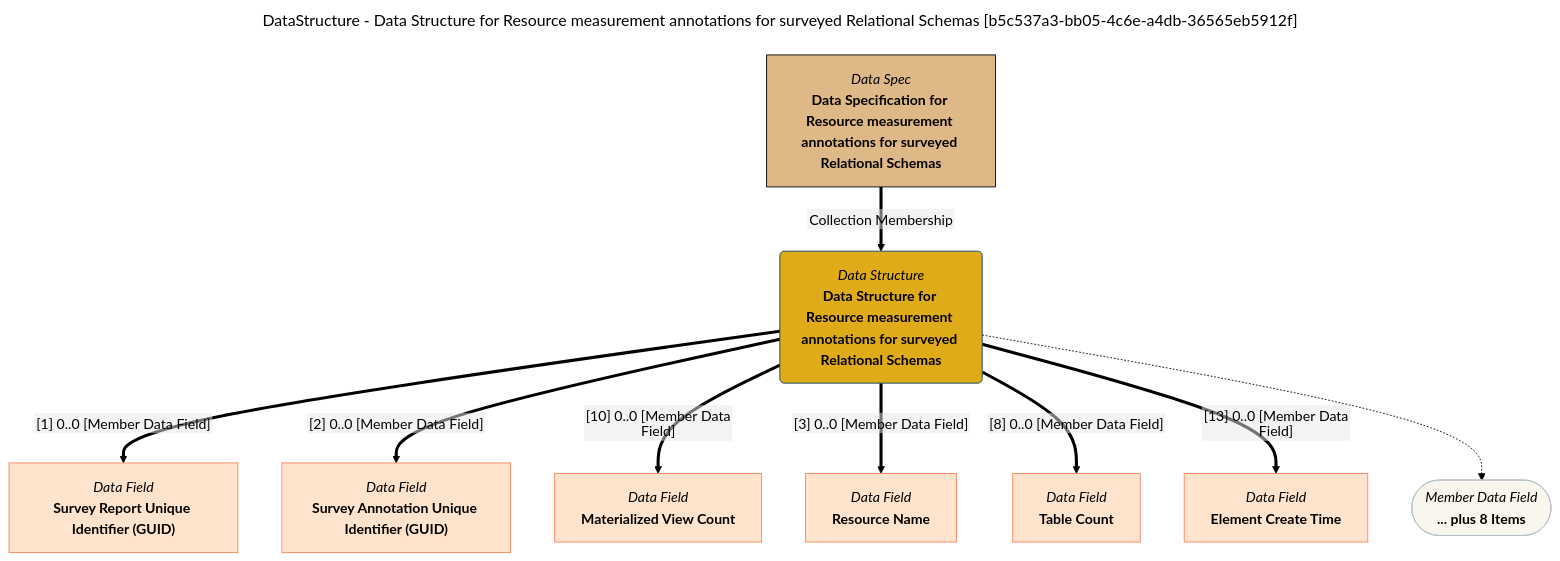
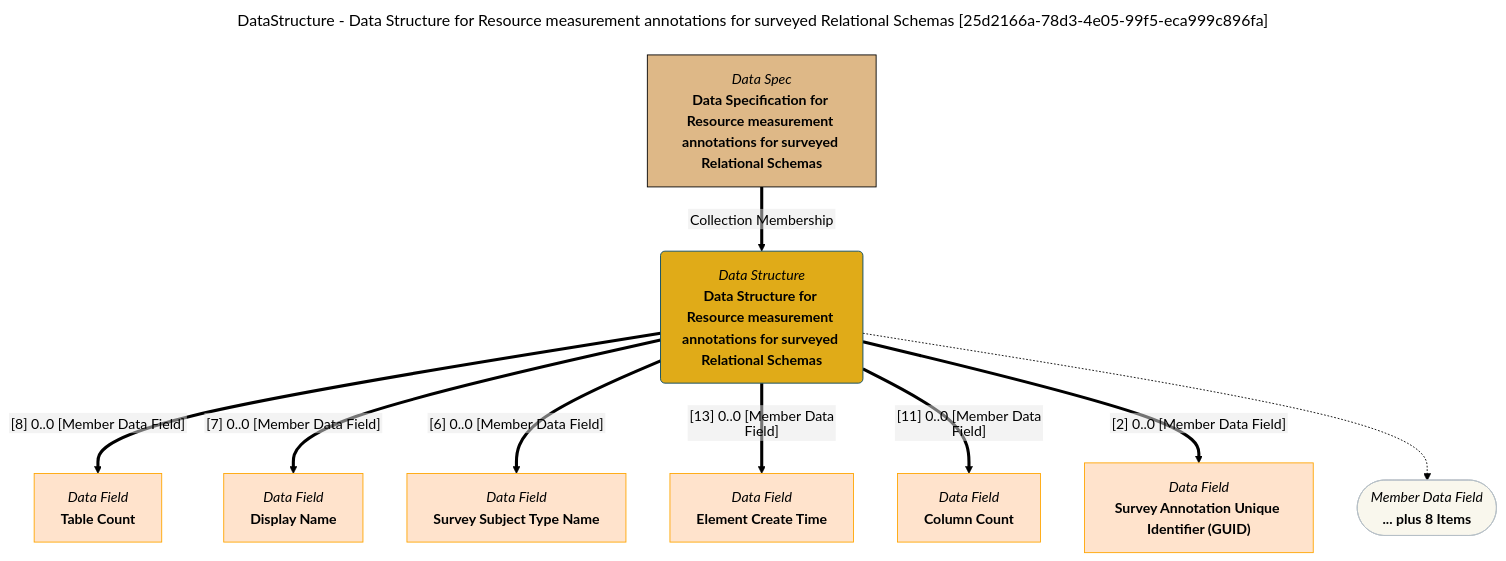
Before and after one commit to odpi/egeria-docs: the diagram in site/snippets/data-structures/data-structure-for-resource-measurement-annotations-for-surveyed-relational-schemas-mermaid-graph.md, drawn with Mermaid (forest theme). The commit also changed 2201 other files, not shown here.

````diff
--- a/site/snippets/data-structures/data-structure-for-resource-measurement-annotations-for-surveyed-relational-schemas-mermaid-graph.md
+++ b/site/snippets/data-structures/data-structure-for-resource-measurement-annotations-for-surveyed-relational-schemas-mermaid-graph.md
@@ -1,43 +1,43 @@
 ```mermaid
 ---
-title: DataStructure - Data Structure for Resource measurement annotations for surveyed Relational Schemas [b5c537a3-bb05-4c6e-a4db-36565eb5912f]
+title: DataStructure - Data Structure for Resource measurement annotations for surveyed Relational Schemas [25d2166a-78d3-4e05-99f5-eca999c896fa]
 ---
 flowchart TD
 %%{init: {"flowchart": {"htmlLabels": false}} }%%
 
 1@{ shape: rounded, label: "*Data Structure*
 **Data Structure for Resource measurement annotations for surveyed Relational Schemas**"}
 2@{ shape: rect, label: "*Data Spec*
 **Data Specification for Resource measurement annotations for surveyed Relational Schemas**"}
 2==>|"Collection Membership"|1
 3@{ shape: rect, label: "*Data Field*
-**Survey Report Unique Identifier (GUID)**"}
-1==>|"[1] 0..0 [Member Data Field]"|3
+**Table Count**"}
+1==>|"[8] 0..0 [Member Data Field]"|3
 4@{ shape: rect, label: "*Data Field*
+**Display Name**"}
+1==>|"[7] 0..0 [Member Data Field]"|4
+5@{ shape: rect, label: "*Data Field*
+**Survey Subject Type Name**"}
+1==>|"[6] 0..0 [Member Data Field]"|5
+6@{ shape: rect, label: "*Data Field*
+**Element Create Time**"}
+1==>|"[13] 0..0 [Member Data Field]"|6
+7@{ shape: rect, label: "*Data Field*
+**Column Count**"}
+1==>|"[11] 0..0 [Member Data Field]"|7
+8@{ shape: rect, label: "*Data Field*
 **Survey Annotation Unique Identifier (GUID)**"}
-1==>|"[2] 0..0 [Member Data Field]"|4
-5@{ shape: rect, label: "*Data Field*
-**Materialized View Count**"}
-1==>|"[10] 0..0 [Member Data Field]"|5
-6@{ shape: rect, label: "*Data Field*
-**Resource Name**"}
-1==>|"[3] 0..0 [Member Data Field]"|6
-7@{ shape: rect, label: "*Data Field*
-**Table Count**"}
-1==>|"[8] 0..0 [Member Data Field]"|7
-8@{ shape: rect, label: "*Data Field*
-**Element Create Time**"}
-1==>|"[13] 0..0 [Member Data Field]"|8
+1==>|"[2] 0..0 [Member Data Field]"|8
 9@{ shape: stadium, label: "*Member Data Field*
 **... plus 8 Items**"}
 1-.->9
 style 1 color:#000000, fill:#e0ab18, stroke:#004563
-style 2 color:#000000, fill:#deb887, stroke:#000000
-style 3 color:#000000, fill:#ffe3cc, stroke:#f9845b
-style 4 color:#000000, fill:#ffe3cc, stroke:#f9845b
-style 5 color:#000000, fill:#ffe3cc, stroke:#f9845b
-style 6 color:#000000, fill:#ffe3cc, stroke:#f9845b
-style 7 color:#000000, fill:#ffe3cc, stroke:#f9845b
-style 8 color:#000000, fill:#ffe3cc, stroke:#f9845b
+style 2 color:#000000, fill:#DEB887, stroke:#000000
+style 3 color:#000000, fill:#ffe3cc, stroke:#FFA500
+style 4 color:#000000, fill:#ffe3cc, stroke:#FFA500
+style 5 color:#000000, fill:#ffe3cc, stroke:#FFA500
+style 6 color:#000000, fill:#ffe3cc, stroke:#FFA500
+style 7 color:#000000, fill:#ffe3cc, stroke:#FFA500
+style 8 color:#000000, fill:#ffe3cc, stroke:#FFA500
 style 9 color:#000000, fill:#F9F7ED, stroke:#b7c0c7
 ```
````
